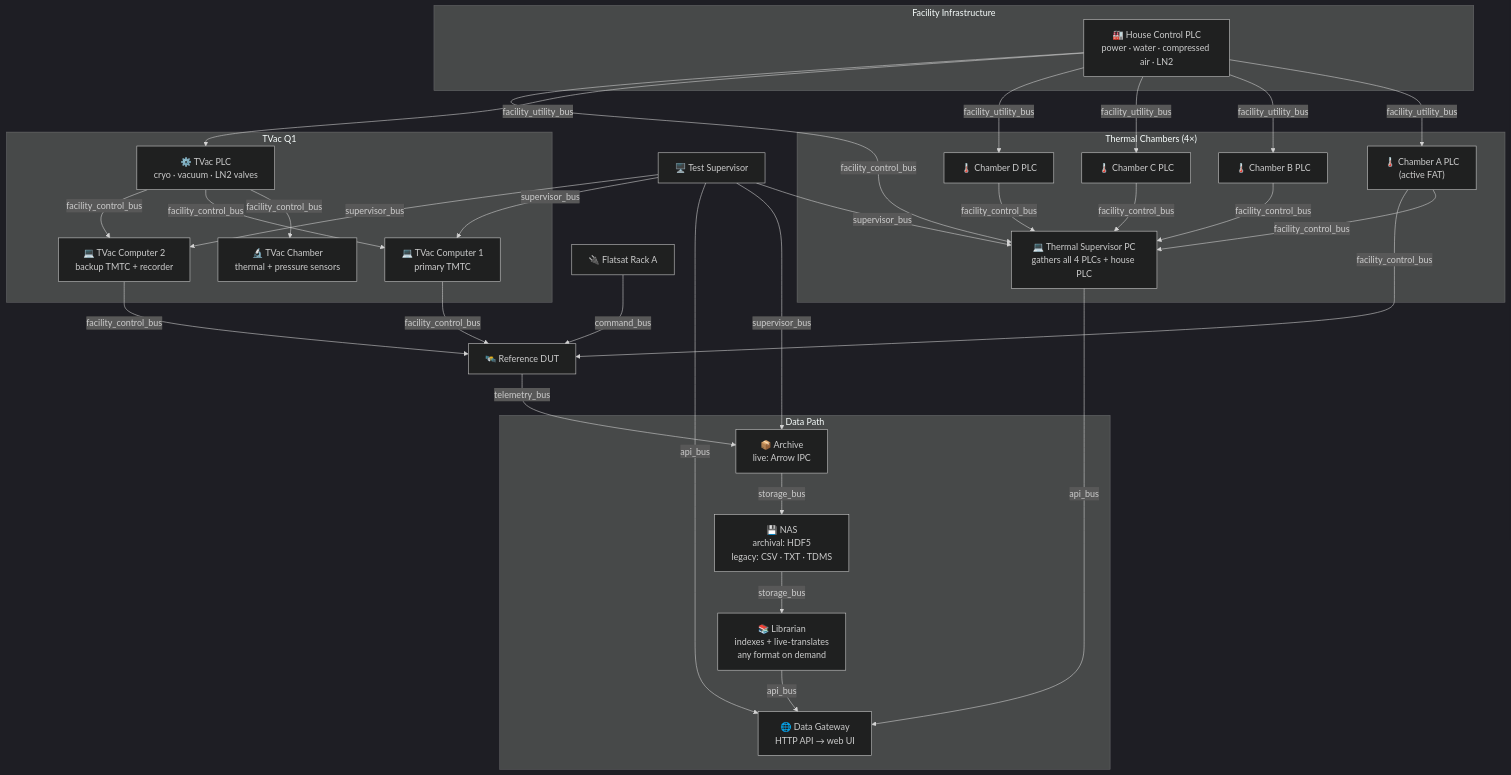
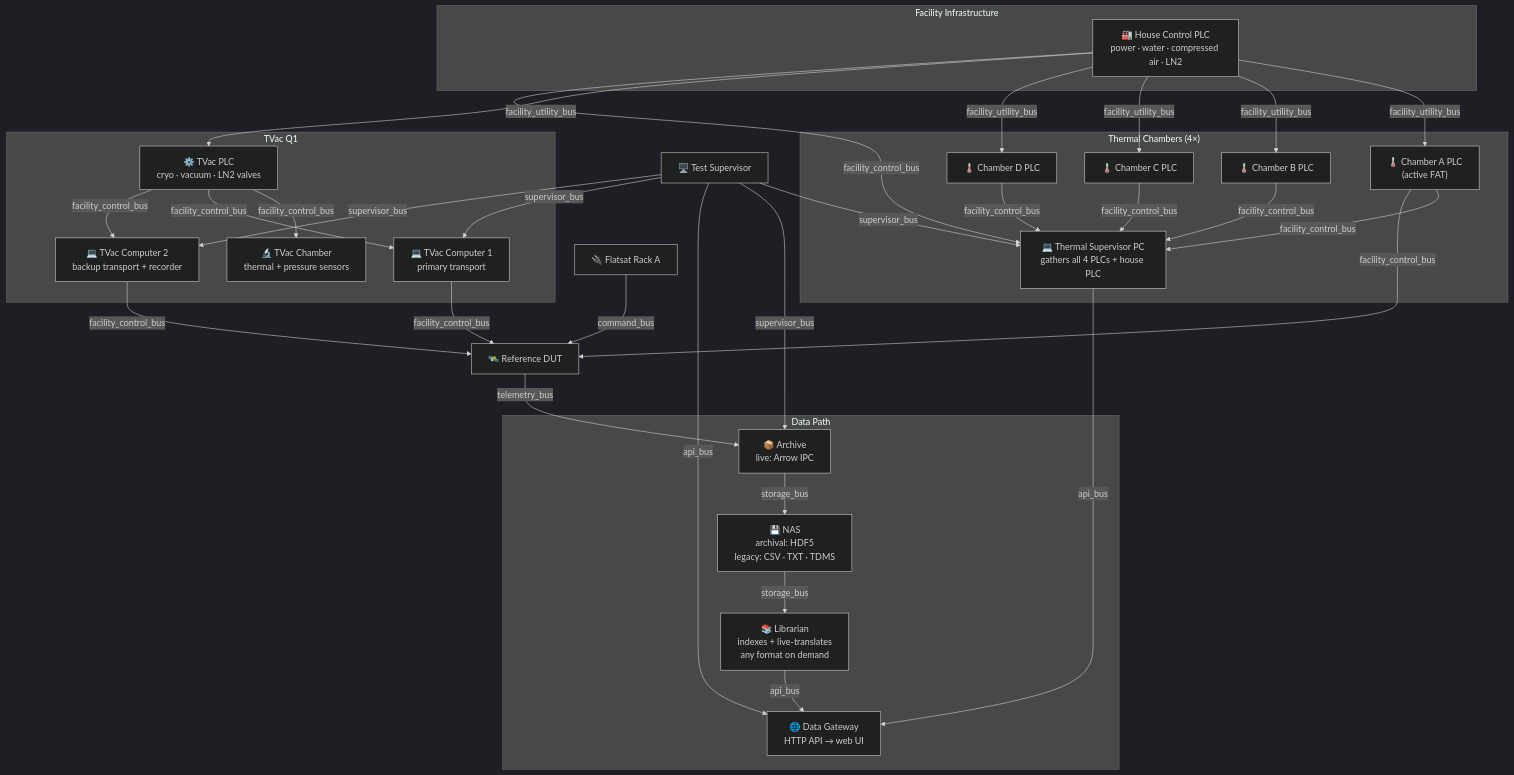
The diagram in docs/architecture.md (egidinas/gossamer), drawn with Mermaid (dark theme) before and after one commit. The commit also changed other lines of this file and 47 other files, not shown here.

````diff
--- a/docs/architecture.md
+++ b/docs/architecture.md
@@ -17,47 +17,47 @@
 ```mermaid
 flowchart TD
     subgraph facility["Facility Infrastructure"]
         house_plc["🏭 House Control PLC\npower · water · compressed air · LN2"]
     end
 
     subgraph thermal["Thermal Chambers (4×)"]
         tca["🌡️ Chamber A PLC\n(active FAT)"]
         tcb["🌡️ Chamber B PLC"]
         tcc["🌡️ Chamber C PLC"]
         tcd["🌡️ Chamber D PLC"]
         thermal_supervisor_pc["💻 Thermal Supervisor PC\ngathers all 4 PLCs + house PLC"]
     end
 
     subgraph tvac["TVac Q1"]
         tvac_plc_q1["⚙️ TVac PLC\ncryo · vacuum · LN2 valves"]
         tvac_chamber_q1["🔬 TVac Chamber\nthermal + pressure sensors"]
-        tvac_computer_1["💻 TVac Computer 1\nprimary TMTC"]
-        tvac_computer_2["💻 TVac Computer 2\nbackup TMTC + recorder"]
+        tvac_computer_1["💻 TVac Computer 1\nprimary transport"]
+        tvac_computer_2["💻 TVac Computer 2\nbackup transport + recorder"]
     end
 
     reference_dut["🛰️ Reference DUT"]
     flatsat_rack_a["🔌 Flatsat Rack A"]
     supervisor_a["🖥️ Test Supervisor"]
 
     subgraph data["Data Path"]
         archive_node_a["📦 Archive\nlive: Arrow IPC"]
         nas_a["💾 NAS\narchival: HDF5\nlegacy: CSV · TXT · TDMS"]
         librarian_a["📚 Librarian\nindexes + live-translates\nany format on demand"]
         gateway_a["🌐 Data Gateway\nHTTP API → web UI"]
     end
 
     house_plc -->|facility_utility_bus| tca & tcb & tcc & tcd & tvac_plc_q1
     tca & tcb & tcc & tcd -->|facility_control_bus| thermal_supervisor_pc
     house_plc -->|facility_control_bus| thermal_supervisor_pc
     thermal_supervisor_pc -->|api_bus| gateway_a
     tvac_plc_q1 -->|facility_control_bus| tvac_chamber_q1 & tvac_computer_1 & tvac_computer_2
     tvac_computer_1 & tvac_computer_2 -->|facility_control_bus| reference_dut
     tca -->|facility_control_bus| reference_dut
     flatsat_rack_a -->|command_bus| reference_dut
     supervisor_a -->|supervisor_bus| thermal_supervisor_pc & tvac_computer_1 & tvac_computer_2 & archive_node_a
     supervisor_a -->|api_bus| gateway_a
     reference_dut -->|telemetry_bus| archive_node_a
     archive_node_a -->|storage_bus| nas_a
     nas_a -->|storage_bus| librarian_a
     librarian_a -->|api_bus| gateway_a
 ```
````
